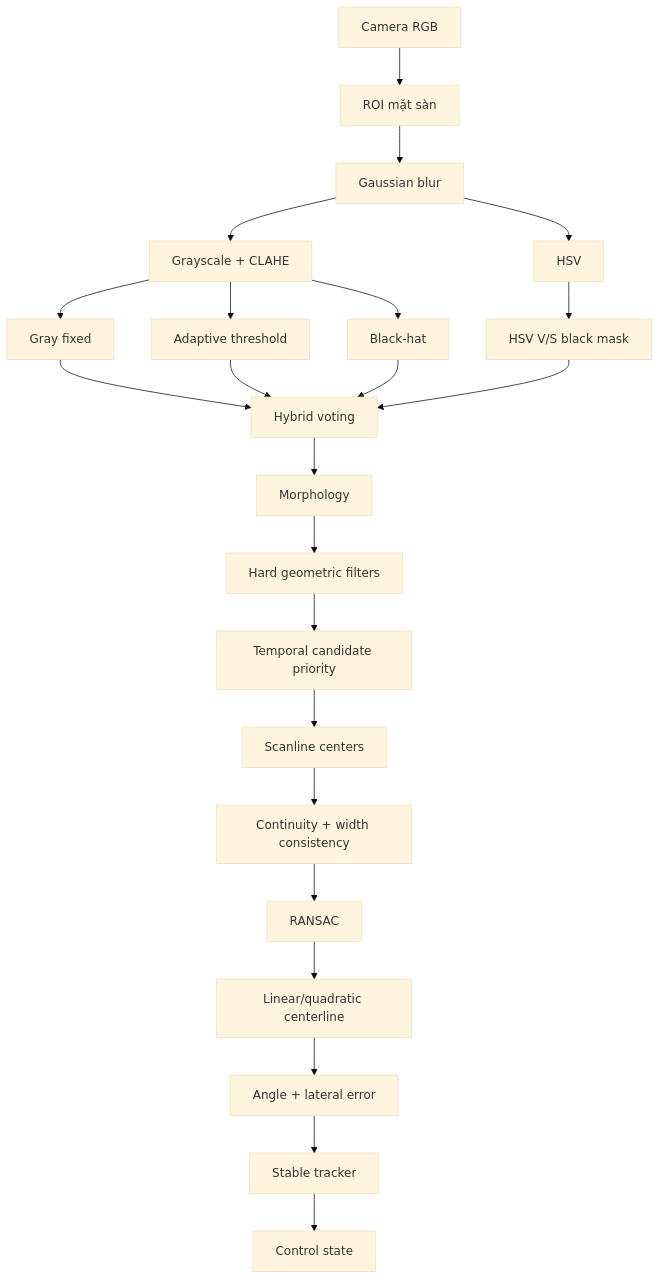
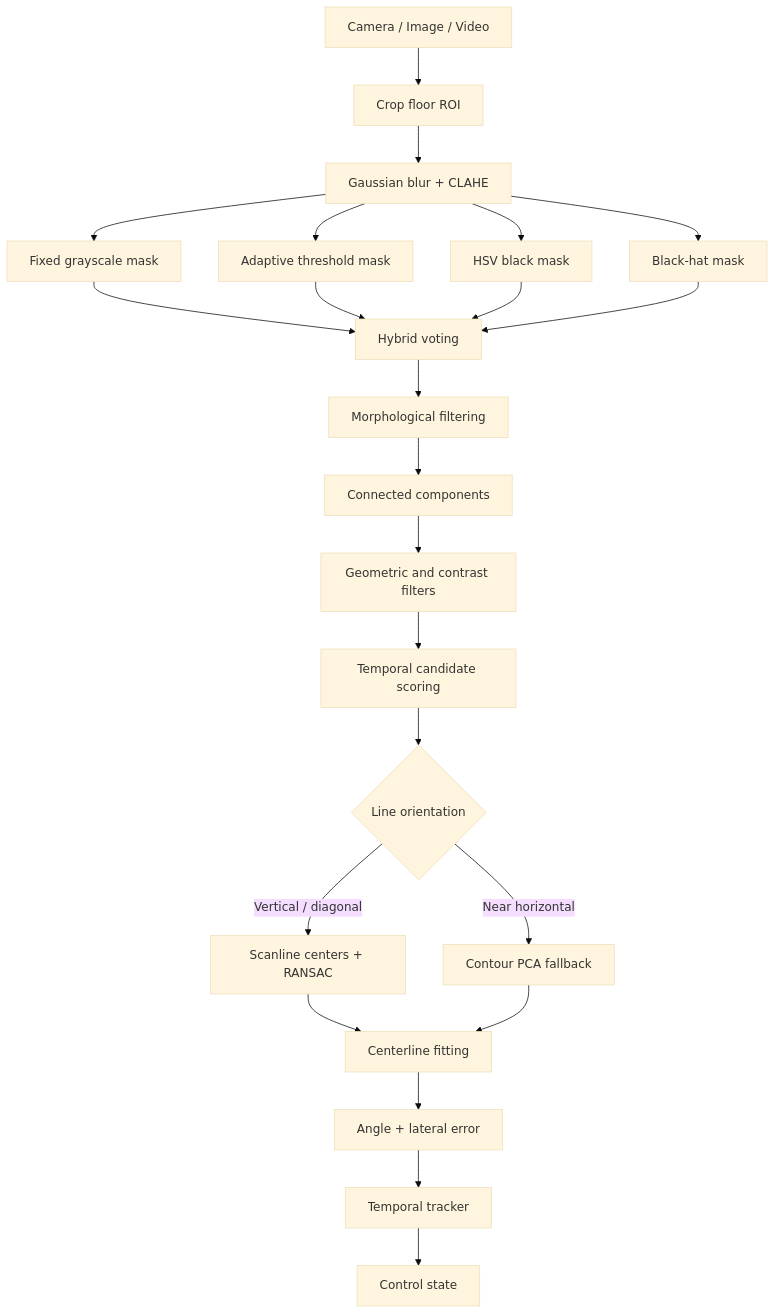
Before and after one commit to Qtryn/unitree-g1-black-line-vision: the diagram in README.md, drawn with Mermaid (base theme). The commit also changed other lines of this file and 1 other file, not shown here.

````diff
--- a/README.md
+++ b/README.md
@@ -76,25 +74,25 @@
 ```mermaid
 flowchart TD
-    A[Camera RGB] --> B[ROI mặt sàn]
-    B --> C[Gaussian blur]
-    C --> D[Grayscale + CLAHE]
-    C --> E[HSV]
-    D --> F1[Gray fixed]
-    D --> F2[Adaptive threshold]
-    D --> F3[Black-hat]
-    E --> F4[HSV V/S black mask]
-    F1 --> G[Hybrid voting]
-    F2 --> G
-    F3 --> G
-    F4 --> G
-    G --> H[Morphology]
-    H --> I[Hard geometric filters]
-    I --> J[Temporal candidate priority]
-    J --> K[Scanline centers]
-    K --> L[Continuity + width consistency]
-    L --> M[RANSAC]
-    M --> N[Linear/quadratic centerline]
-    N --> O[Angle + lateral error]
-    O --> P[Stable tracker]
-    P --> Q[Control state]
+    A[Camera / Image / Video] --> B[Crop floor ROI]
+    B --> C[Gaussian blur + CLAHE]
+    C --> D1[Fixed grayscale mask]
+    C --> D2[Adaptive threshold mask]
+    C --> D3[HSV black mask]
+    C --> D4[Black-hat mask]
+    D1 --> E[Hybrid voting]
+    D2 --> E
+    D3 --> E
+    D4 --> E
+    E --> F[Morphological filtering]
+    F --> G[Connected components]
+    G --> H[Geometric and contrast filters]
+    H --> I[Temporal candidate scoring]
+    I --> J{Line orientation}
+    J -->|Vertical / diagonal| K[Scanline centers + RANSAC]
+    J -->|Near horizontal| L[Contour PCA fallback]
+    K --> M[Centerline fitting]
+    L --> M
+    M --> N[Angle + lateral error]
+    N --> O[Temporal tracker]
+    O --> P[Control state]
 ```
````
